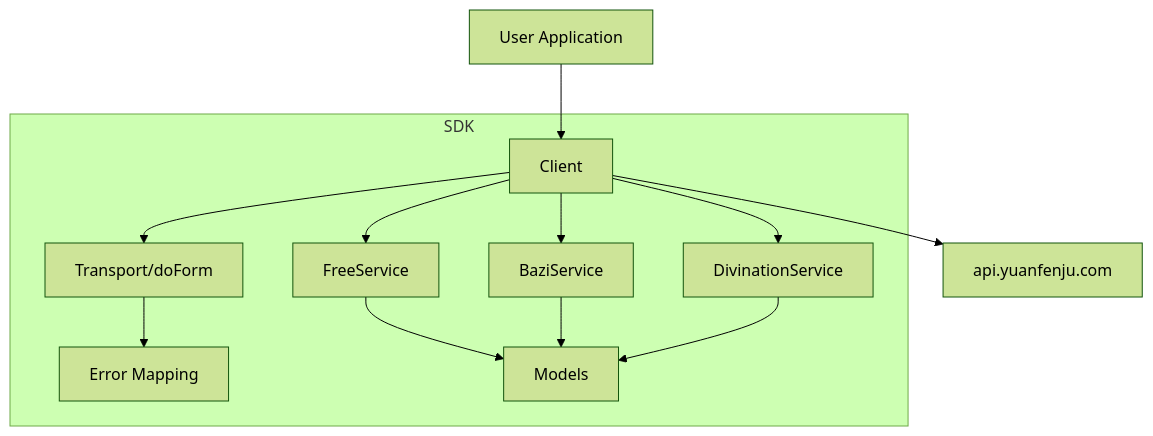
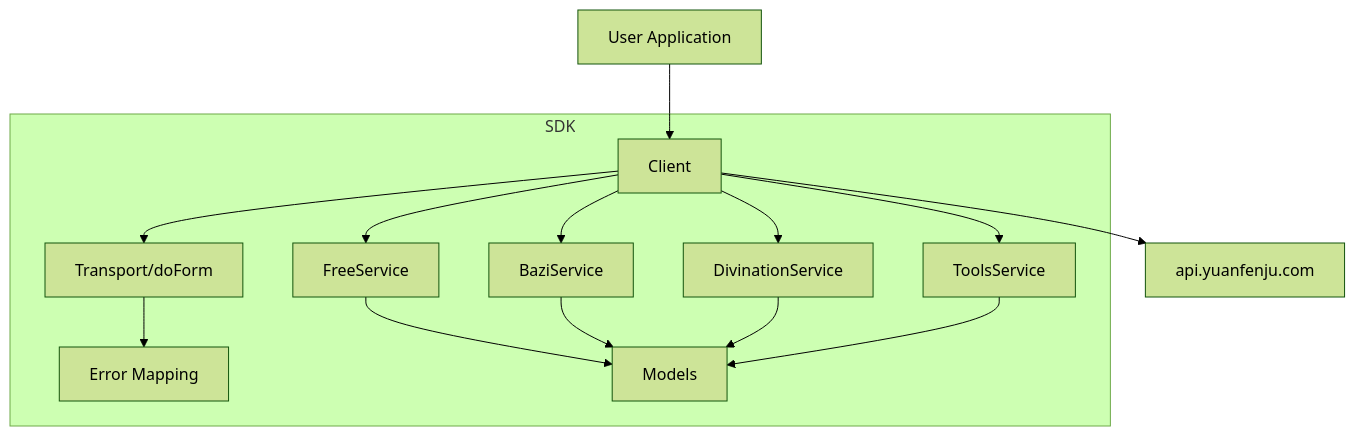
One commit to Scorpio69t/yuanfenju-go-sdk changed the first of 2 diagrams in docs/design.md. Above: the diagram before and after it, drawn with Mermaid (forest theme). The commit also changed other lines of this file and 6 other files, not shown here.

Commit message:
feat(batch2): add tools service (qq/shouji/shuzi) with typed models validation and tests

````diff
--- a/docs/design.md
+++ b/docs/design.md
@@ -12,24 +12,27 @@
 ```mermaid
 flowchart TB
     subgraph SDK
         C[Client]
         T[Transport/doForm]
         E[Error Mapping]
         S1[FreeService]
         S2[BaziService]
         S3[DivinationService]
+        S4[ToolsService]
         M[Models]
 
         C --> T
         T --> E
         C --> S1
         C --> S2
         C --> S3
+        C --> S4
         S1 --> M
         S2 --> M
         S3 --> M
+        S4 --> M
     end
 
     U[User Application] --> C
     C --> API[api.yuanfenju.com]
 ```
````
